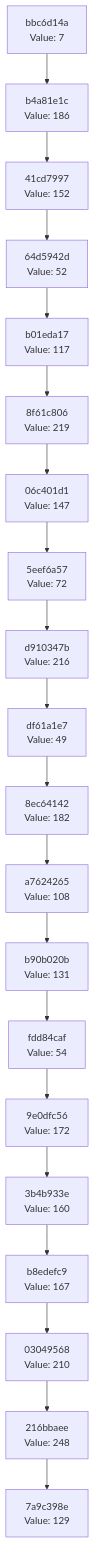
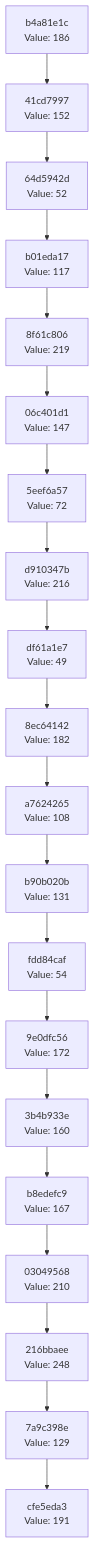
The diagram in docs/CHAIN_VISUALIZATION.md (Abhisheksinha1506/hash-chain-evolver), drawn with Mermaid before and after one commit. The commit also changed 2 other files, not shown here.

Commit message:
Evolution Step

````diff
--- a/docs/CHAIN_VISUALIZATION.md
+++ b/docs/CHAIN_VISUALIZATION.md
@@ -3,42 +3,42 @@
 ```mermaid
 graph TD
-    C0["7a9c398e<br/>Value: 129"]
-    C1["216bbaee<br/>Value: 248"]
+    C0["cfe5eda3<br/>Value: 191"]
+    C1["7a9c398e<br/>Value: 129"]
     C1 --> C0
-    C2["03049568<br/>Value: 210"]
+    C2["216bbaee<br/>Value: 248"]
     C2 --> C1
-    C3["b8edefc9<br/>Value: 167"]
+    C3["03049568<br/>Value: 210"]
     C3 --> C2
-    C4["3b4b933e<br/>Value: 160"]
+    C4["b8edefc9<br/>Value: 167"]
     C4 --> C3
-    C5["9e0dfc56<br/>Value: 172"]
+    C5["3b4b933e<br/>Value: 160"]
     C5 --> C4
-    C6["fdd84caf<br/>Value: 54"]
+    C6["9e0dfc56<br/>Value: 172"]
     C6 --> C5
-    C7["b90b020b<br/>Value: 131"]
+    C7["fdd84caf<br/>Value: 54"]
     C7 --> C6
-    C8["a7624265<br/>Value: 108"]
+    C8["b90b020b<br/>Value: 131"]
     C8 --> C7
-    C9["8ec64142<br/>Value: 182"]
+    C9["a7624265<br/>Value: 108"]
     C9 --> C8
-    C10["df61a1e7<br/>Value: 49"]
+    C10["8ec64142<br/>Value: 182"]
     C10 --> C9
-    C11["d910347b<br/>Value: 216"]
+    C11["df61a1e7<br/>Value: 49"]
     C11 --> C10
-    C12["5eef6a57<br/>Value: 72"]
+    C12["d910347b<br/>Value: 216"]
     C12 --> C11
-    C13["06c401d1<br/>Value: 147"]
+    C13["5eef6a57<br/>Value: 72"]
     C13 --> C12
-    C14["8f61c806<br/>Value: 219"]
+    C14["06c401d1<br/>Value: 147"]
     C14 --> C13
-    C15["b01eda17<br/>Value: 117"]
+    C15["8f61c806<br/>Value: 219"]
     C15 --> C14
-    C16["64d5942d<br/>Value: 52"]
+    C16["b01eda17<br/>Value: 117"]
     C16 --> C15
-    C17["41cd7997<br/>Value: 152"]
+    C17["64d5942d<br/>Value: 52"]
     C17 --> C16
-    C18["b4a81e1c<br/>Value: 186"]
+    C18["41cd7997<br/>Value: 152"]
     C18 --> C17
-    C19["bbc6d14a<br/>Value: 7"]
+    C19["b4a81e1c<br/>Value: 186"]
     C19 --> C18
 ```
````
